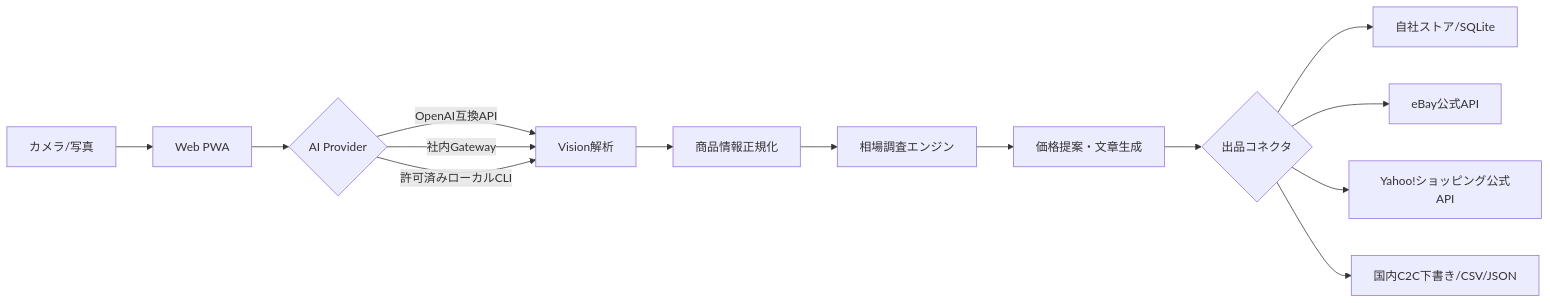
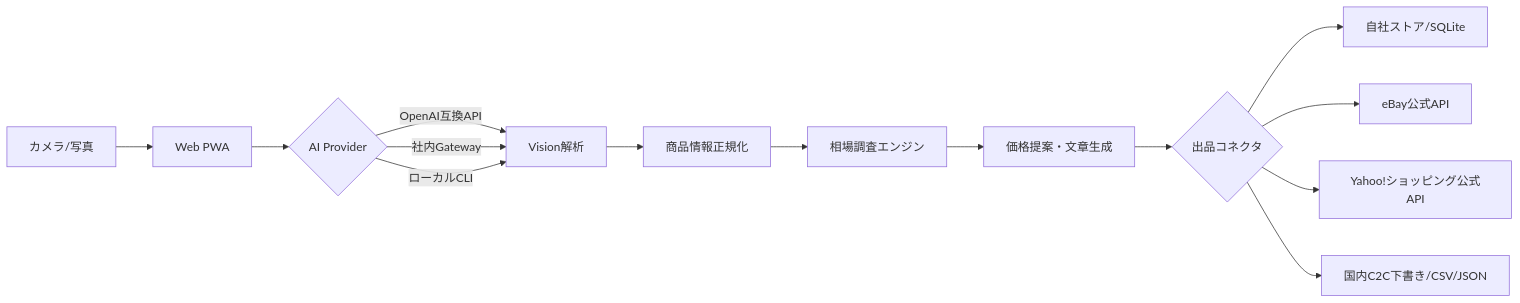
Before and after one commit to univcorp2-ctrl/snaplist-ai-marketplace: the diagram in README.md, drawn with Mermaid. The commit also changed other lines of this file, not shown here.

````diff
--- a/README.md
+++ b/README.md
@@ -26,16 +19,16 @@
 ```mermaid
 flowchart LR
   A[カメラ/写真] --> B[Web PWA]
   B --> C{AI Provider}
   C -->|OpenAI互換API| D[Vision解析]
   C -->|社内Gateway| D
-  C -->|許可済みローカルCLI| D
+  C -->|ローカルCLI| D
   D --> E[商品情報正規化]
   E --> F[相場調査エンジン]
   F --> G[価格提案・文章生成]
   G --> H{出品コネクタ}
   H --> I[自社ストア/SQLite]
   H --> J[eBay公式API]
   H --> K[Yahoo!ショッピング公式API]
   H --> L[国内C2C下書き/CSV/JSON]
 ```
````
